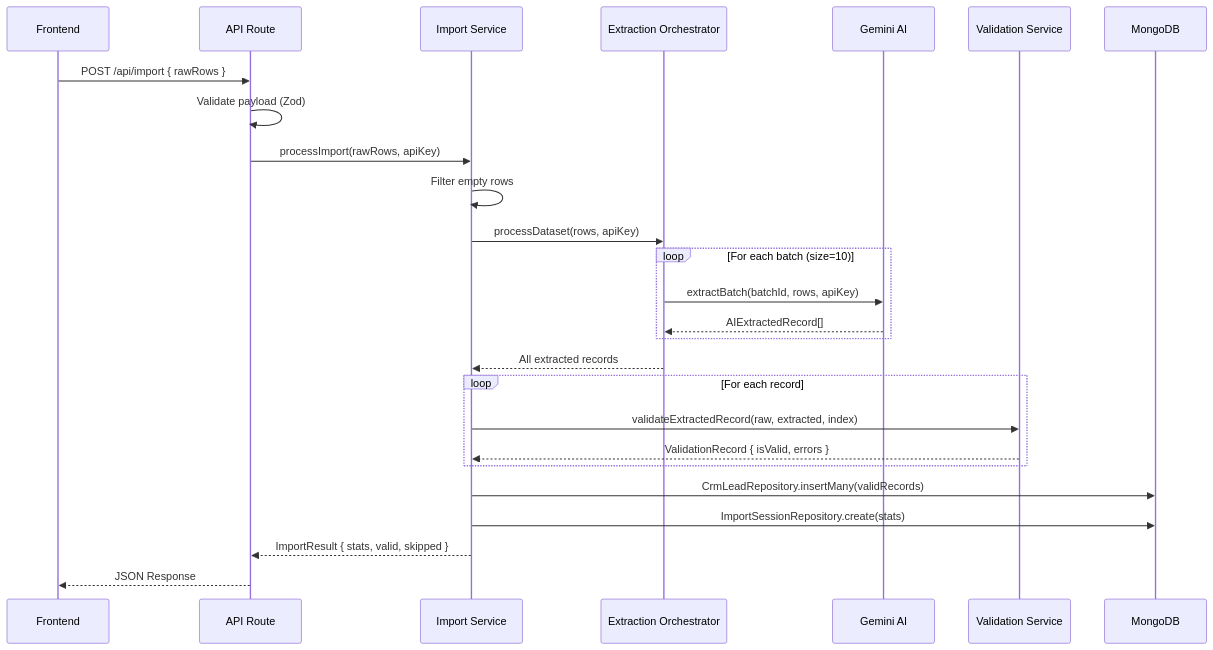
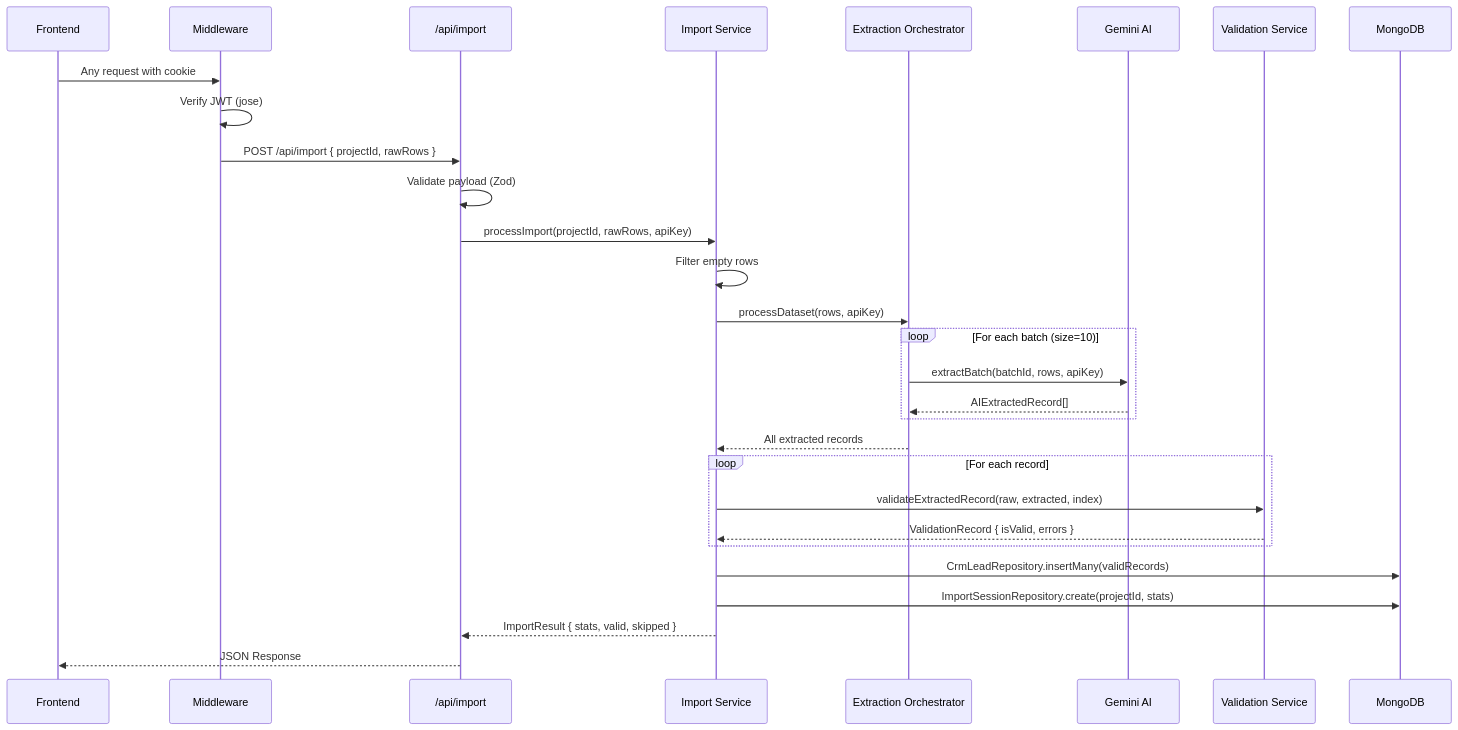
One commit to souma9830/GrowEasy changed the second of 2 diagrams in README.md. Above: the diagram before and after it, drawn with Mermaid. The commit also changed other lines of this file, not shown here.

````diff
--- a/README.md
+++ b/README.md
@@ -107,33 +124,36 @@
 ```mermaid
 sequenceDiagram
     participant Client as Frontend
-    participant API as API Route
+    participant MW as Middleware
+    participant API as /api/import
     participant SVC as Import Service
     participant ORCH as Extraction Orchestrator
     participant AI as Gemini AI
     participant VAL as Validation Service
     participant DB as MongoDB
 
-    Client->>API: POST /api/import { rawRows }
+    Client->>MW: Any request with cookie
+    MW->>MW: Verify JWT (jose)
+    MW->>API: POST /api/import { projectId, rawRows }
     API->>API: Validate payload (Zod)
-    API->>SVC: processImport(rawRows, apiKey)
+    API->>SVC: processImport(projectId, rawRows, apiKey)
     SVC->>SVC: Filter empty rows
     SVC->>ORCH: processDataset(rows, apiKey)
 
     loop For each batch (size=10)
         ORCH->>AI: extractBatch(batchId, rows, apiKey)
         AI-->>ORCH: AIExtractedRecord[]
     end
 
     ORCH-->>SVC: All extracted records
 
     loop For each record
         SVC->>VAL: validateExtractedRecord(raw, extracted, index)
         VAL-->>SVC: ValidationRecord { isValid, errors }
     end
 
     SVC->>DB: CrmLeadRepository.insertMany(validRecords)
-    SVC->>DB: ImportSessionRepository.create(stats)
+    SVC->>DB: ImportSessionRepository.create(projectId, stats)
     SVC-->>API: ImportResult { stats, valid, skipped }
     API-->>Client: JSON Response
 ```
````
